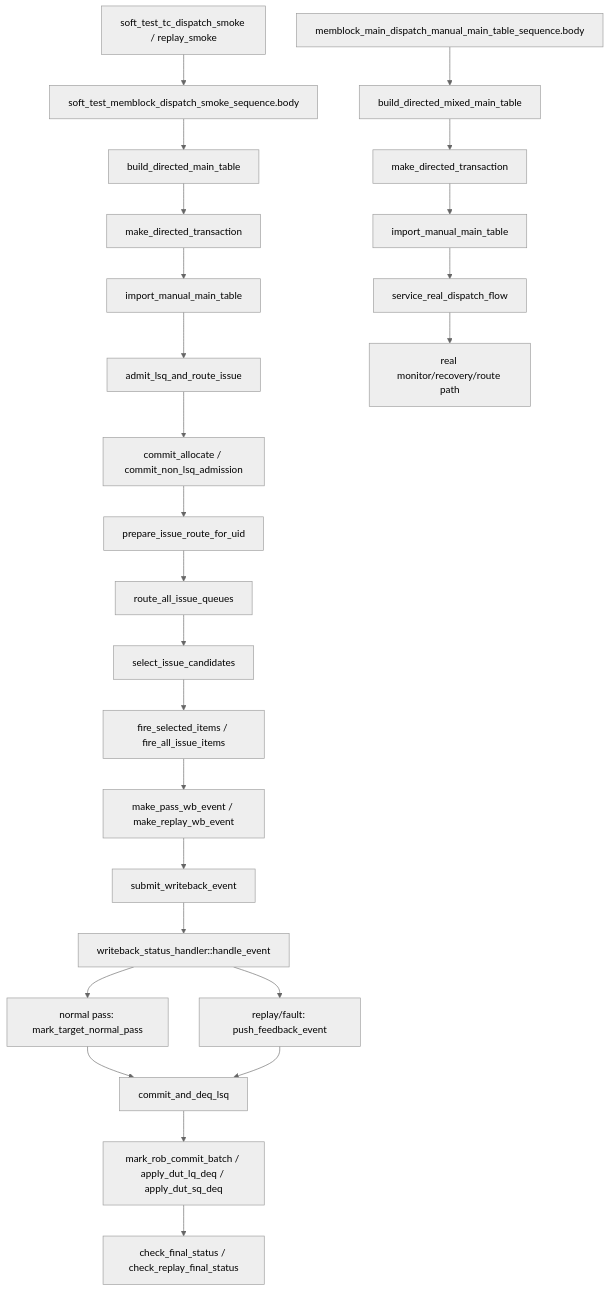
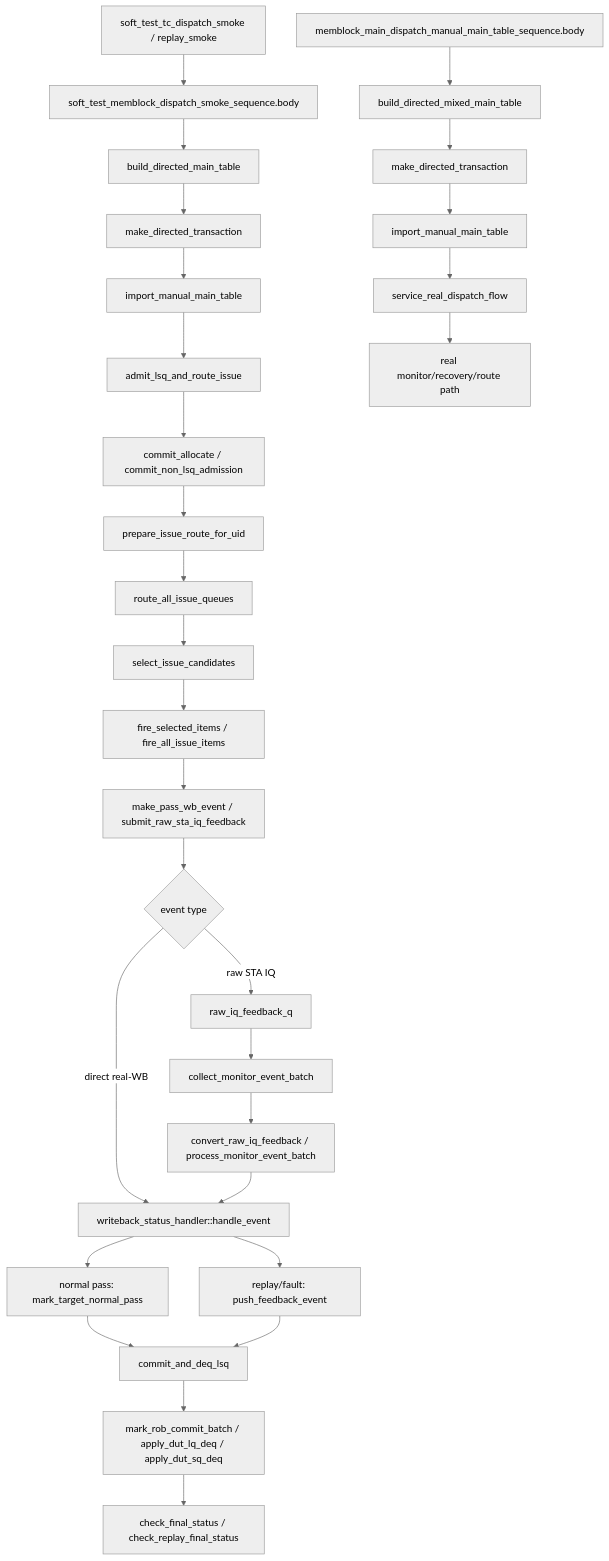
Before and after one commit to OpenXiangShan/XiangShan: the diagram in AI_DOC/mem_ut_flow_doc/soft_test_and_mixed_directed_flow.md, drawn with Mermaid (neutral theme). The commit also changed other lines of this file and 23 other files, not shown here.

Commit message:
mem_ut: complete V2 IQ feedback replay adaptation

````diff
--- a/AI_DOC/mem_ut_flow_doc/soft_test_and_mixed_directed_flow.md
+++ b/AI_DOC/mem_ut_flow_doc/soft_test_and_mixed_directed_flow.md
@@ -23,28 +24,32 @@
 ```mermaid
 flowchart TD
     A[soft_test_tc_dispatch_smoke / replay_smoke] --> B[soft_test_memblock_dispatch_smoke_sequence.body]
     B --> C[build_directed_main_table]
     C --> D[make_directed_transaction]
     D --> E[import_manual_main_table]
     E --> F[admit_lsq_and_route_issue]
     F --> G[commit_allocate / commit_non_lsq_admission]
     G --> H[prepare_issue_route_for_uid]
     H --> I[route_all_issue_queues]
     I --> J[select_issue_candidates]
     J --> K[fire_selected_items / fire_all_issue_items]
-    K --> L[make_pass_wb_event / make_replay_wb_event]
-    L --> M[submit_writeback_event]
-    M --> N[writeback_status_handler::handle_event]
+    K --> L[make_pass_wb_event / submit_raw_sta_iq_feedback]
+    L --> M{event type}
+    M -->|direct real-WB| N[writeback_status_handler::handle_event]
+    M -->|raw STA IQ| N0[raw_iq_feedback_q]
+    N0 --> N01[collect_monitor_event_batch]
+    N01 --> N02[convert_raw_iq_feedback / process_monitor_event_batch]
+    N02 --> N
     N --> N1[normal pass: mark_target_normal_pass]
     N --> N2[replay/fault: push_feedback_event]
     N1 --> O[commit_and_deq_lsq]
     N2 --> O
     O --> P[mark_rob_commit_batch / apply_dut_lq_deq / apply_dut_sq_deq]
     P --> Q[check_final_status / check_replay_final_status]
 
     R[memblock_main_dispatch_manual_main_table_sequence.body] --> S[build_directed_mixed_main_table]
     S --> T[make_directed_transaction]
     T --> U[import_manual_main_table]
     U --> V[service_real_dispatch_flow]
     V --> W[real monitor/recovery/route path]
 ```
````
